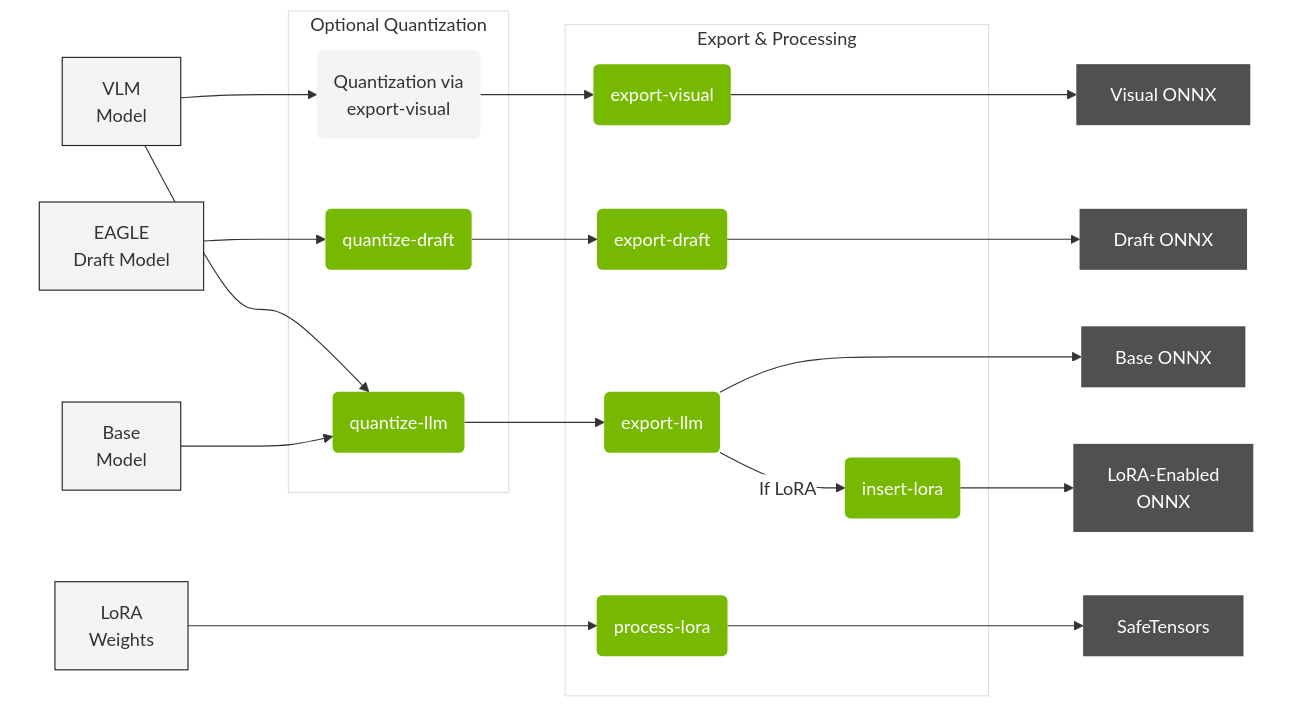
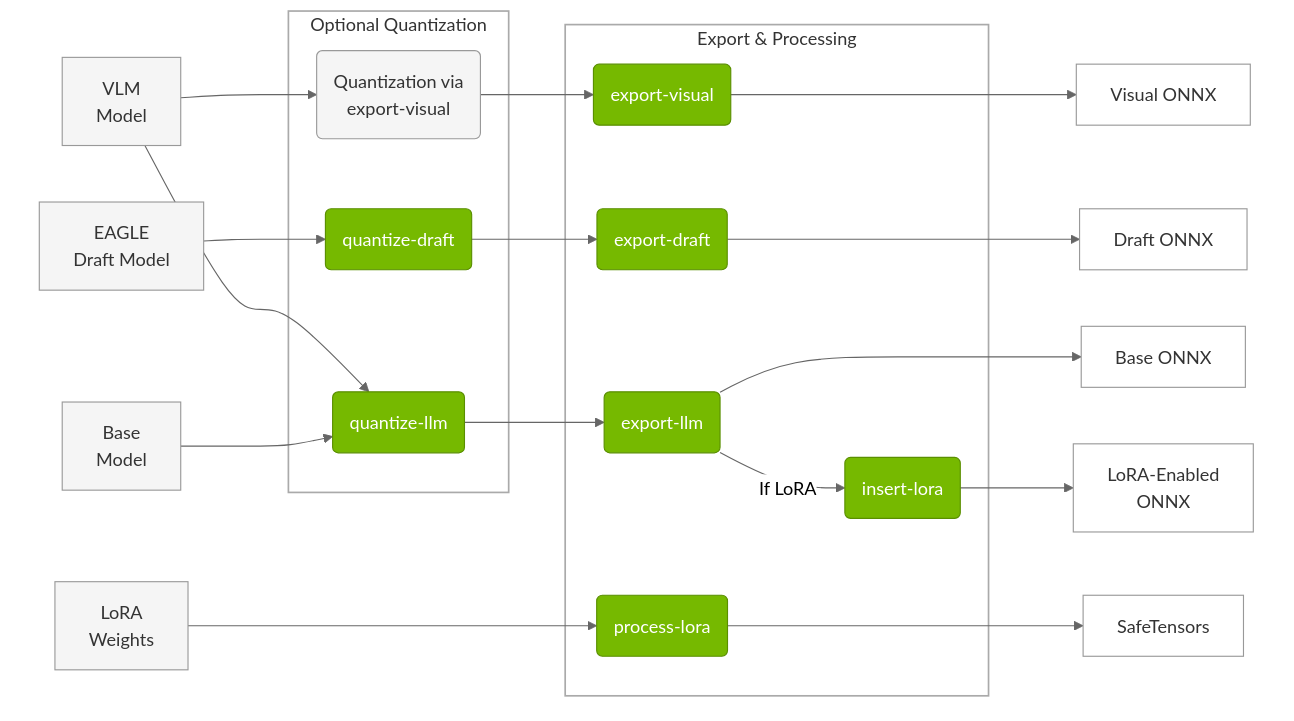
One commit to ConstBob/TensorRT-Edge-LLM changed the third of 3 diagrams in docs/source/developer_guide/03.1_Python_Export_Pipeline.md. Above: the diagram before and after it, drawn with Mermaid. The commit also changed other lines of this file and 20 other files, not shown here.

````diff
--- a/docs/source/developer_guide/03.1_Python_Export_Pipeline.md
+++ b/docs/source/developer_guide/03.1_Python_Export_Pipeline.md
@@ -114,65 +97,65 @@
 ```mermaid
-%%{init: {'themeVariables': {'edgeLabelBackground': 'white'}}}%%
+%%{init: {'theme':'neutral', 'themeVariables': {'primaryColor':'#76B900','primaryTextColor':'#fff','primaryBorderColor':'#5a8f00','lineColor':'#666','edgeLabelBackground':'#ffffff','labelTextColor':'#000','clusterBkg':'#ffffff','clusterBorder':'#999'}}}%%
 
 graph LR
     subgraph INPUTS [" "]
         VLM_MODEL[VLM<BR>Model]
         DRAFT_MODEL[EAGLE<BR>Draft Model]
         BASE_MODEL[Base<BR>Model]
         LORA_WEIGHTS[LoRA<BR>Weights]
     end
     
     subgraph QUANT [Optional Quantization]
         QUANTIZE_VISUAL(Quantization via<BR>export-visual)
         QUANTIZE_DRAFT(quantize-draft)
         QUANTIZE_LLM(quantize-llm)
     end
     
     subgraph EXPORT [Export & Processing]
         EXPORT_VISUAL(export-visual)
         EXPORT_DRAFT(export-draft)
         EXPORT_LLM(export-llm)
         INSERT_LORA(insert-lora)
         PROCESS_LORA(process-lora)
     end
     
     subgraph RESULTS [" "]
         VISUAL_ONNX[Visual ONNX]
         DRAFT_ONNX[Draft ONNX]
         LLM_ONNX[Base ONNX]
         LORA_ONNX[LoRA-Enabled<br>ONNX]
         SAFETENSORS[SafeTensors]
     end
     
     VLM_MODEL --> QUANTIZE_VISUAL
     VLM_MODEL --> QUANTIZE_LLM
     QUANTIZE_VISUAL --> EXPORT_VISUAL
     EXPORT_VISUAL --> VISUAL_ONNX
     
     DRAFT_MODEL --> QUANTIZE_DRAFT
     QUANTIZE_DRAFT --> EXPORT_DRAFT
     EXPORT_DRAFT --> DRAFT_ONNX
     
     BASE_MODEL --> QUANTIZE_LLM
     QUANTIZE_LLM --> EXPORT_LLM
     EXPORT_LLM --> LLM_ONNX
     EXPORT_LLM -->|If LoRA| INSERT_LORA
     INSERT_LORA --> LORA_ONNX
     
     LORA_WEIGHTS --> PROCESS_LORA
     PROCESS_LORA --> SAFETENSORS
 
-    classDef nvNode fill:#76B900, stroke-width:0px, color:#ffffff
-    classDef darkNode fill:#505050, stroke-width:0px, color:#ffffff
-    classDef inputNode fill:#f4f4f4, stroke: #202020
-    classDef lightSubGraph fill:#ffffff, stroke:#e0e0e0
-    classDef greyNode fill:#f4f4f4, stroke-width:0px
-    classDef contextBox fill:#ffffff, stroke:transparent
+    classDef nvNode fill:#76B900,stroke:#5a8f00,stroke-width:1px,color:#fff
+    classDef darkNode fill:#ffffff,stroke:#999,stroke-width:1px,color:#333
+    classDef inputNode fill:#f5f5f5,stroke:#999,stroke-width:1px,color:#333
+    classDef lightSubGraph fill:none,stroke:#aaa,stroke-width:1.5px
+    classDef greyNode fill:#f5f5f5,stroke:#999,stroke-width:1px,color:#333
+    classDef contextBox fill:none,stroke:transparent
 
     class VLM_MODEL,DRAFT_MODEL,BASE_MODEL,LORA_WEIGHTS inputNode
     class VISUAL_ONNX,DRAFT_ONNX,LLM_ONNX,LORA_ONNX,SAFETENSORS darkNode
     class EXPORT_LLM,EXPORT_VISUAL,EXPORT_DRAFT,INSERT_LORA,PROCESS_LORA,QUANTIZE_DRAFT,QUANTIZE_LLM nvNode
     class QUANTIZE_VISUAL greyNode
     class QUANT,EXPORT lightSubGraph
     class INPUTS,RESULTS contextBox
 ```
````
